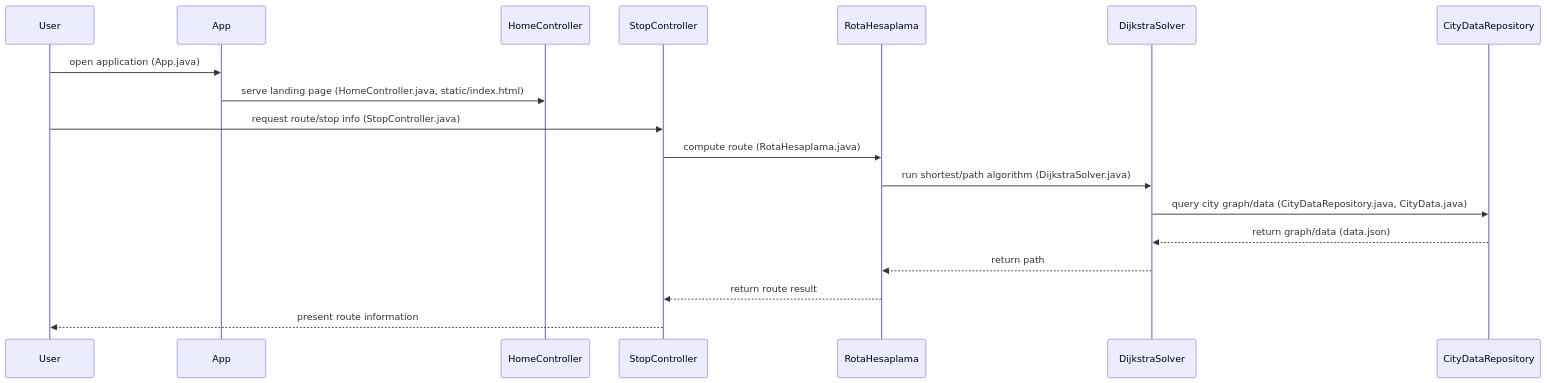
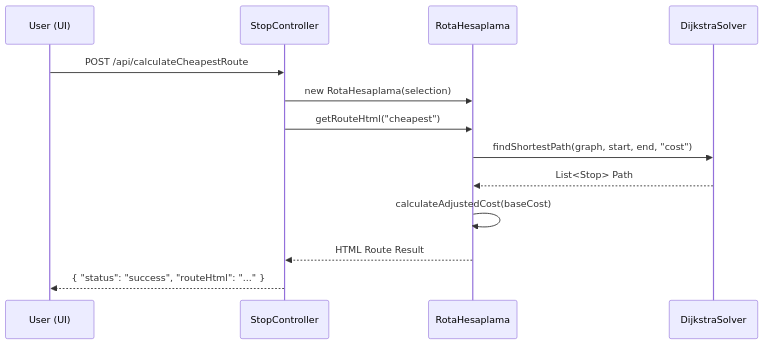
The third of 5 diagrams in README_ARCH.md (YusuffBulbul/Izmit_sehir_ici_ulasim), drawn with Mermaid before and after one commit. The commit also changed other lines of this file, not shown here.

Commit message:
docs: update architecture blueprint and code review for Izmit_sehir_ici_ulasim

````diff
--- a/README_ARCH.md
+++ b/README_ARCH.md
@@ -80,21 +90,17 @@
 ```mermaid
 sequenceDiagram
-participant User
-participant App
-participant HomeController
-participant StopController
-participant RotaHesaplama
-participant DijkstraSolver
-participant CityDataRepository
-User->>App: open application (App.java)
-App->>HomeController: serve landing page (HomeController.java, static/index.html)
-User->>StopController: request route/stop info (StopController.java)
-StopController->>RotaHesaplama: compute route (RotaHesaplama.java)
-RotaHesaplama->>DijkstraSolver: run shortest/path algorithm (DijkstraSolver.java)
-DijkstraSolver->>CityDataRepository: query city graph/data (CityDataRepository.java, CityData.java)
-CityDataRepository-->>DijkstraSolver: return graph/data (data.json)
-DijkstraSolver-->>RotaHesaplama: return path
-RotaHesaplama-->>StopController: return route result
-StopController-->>User: present route information
+    participant U as User (UI)
+    participant C as StopController
+    participant R as RotaHesaplama
+    participant D as DijkstraSolver
+
+    U->>C: POST /api/calculateCheapestRoute
+    C->>R: new RotaHesaplama(selection)
+    C->>R: getRouteHtml("cheapest")
+    R->>D: findShortestPath(graph, start, end, "cost")
+    D-->>R: List<Stop> Path
+    R->>R: calculateAdjustedCost(baseCost)
+    R-->>C: HTML Route Result
+    C-->>U: { "status": "success", "routeHtml": "..." }
 
 ```
````
